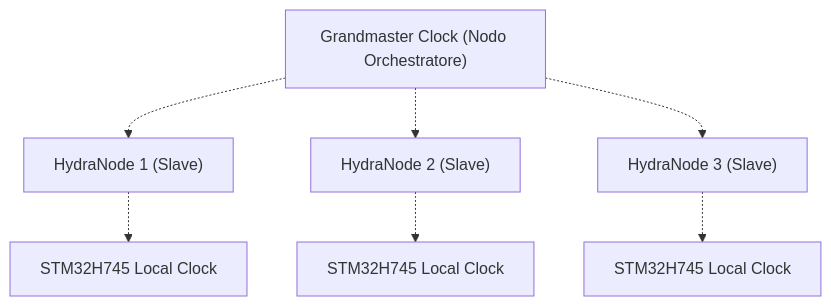
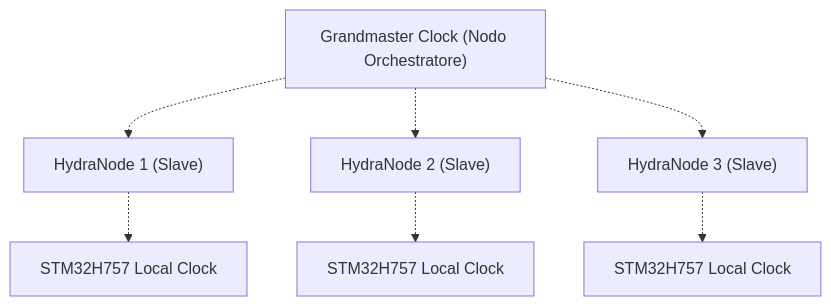
Before and after one commit to JuanenRac/HYDRA-UMC-SWARM-SYNC: the diagram in README_ita.md, drawn with Mermaid. The commit also changed other lines of this file and 7 other files, not shown here.

````diff
--- a/README_ita.md
+++ b/README_ita.md
@@ -95,9 +95,9 @@
 ```mermaid
 flowchart TD
     GM["Grandmaster Clock (Nodo Orchestratore)"] -.-> S1["HydraNode 1 (Slave)"]
     GM -.-> S2["HydraNode 2 (Slave)"]
     GM -.-> S3["HydraNode 3 (Slave)"]
-    S1 -.-> H745_1["STM32H745 Local Clock"]
-    S2 -.-> H745_2["STM32H745 Local Clock"]
-    S3 -.-> H745_3["STM32H745 Local Clock"]
+    S1 -.-> H745_1["STM32H757 Local Clock"]
+    S2 -.-> H745_2["STM32H757 Local Clock"]
+    S3 -.-> H745_3["STM32H757 Local Clock"]
 ```
````
